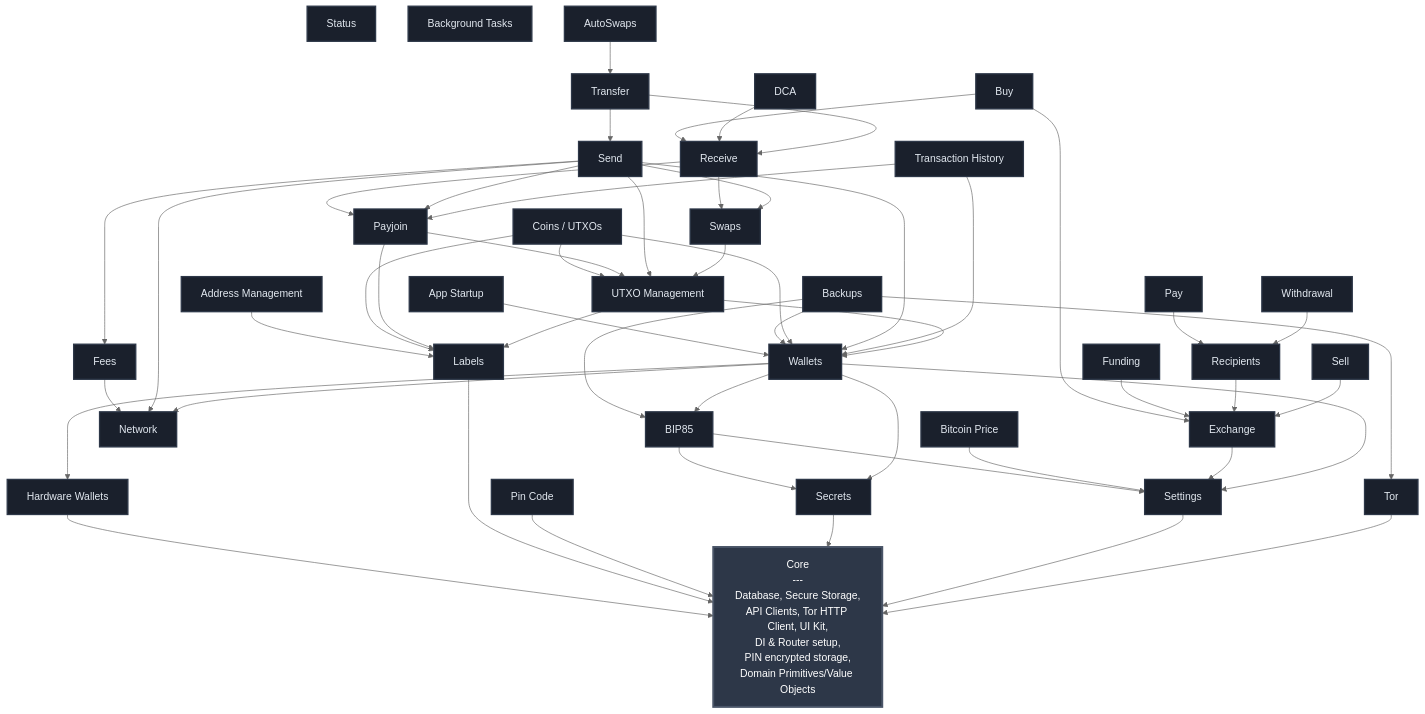
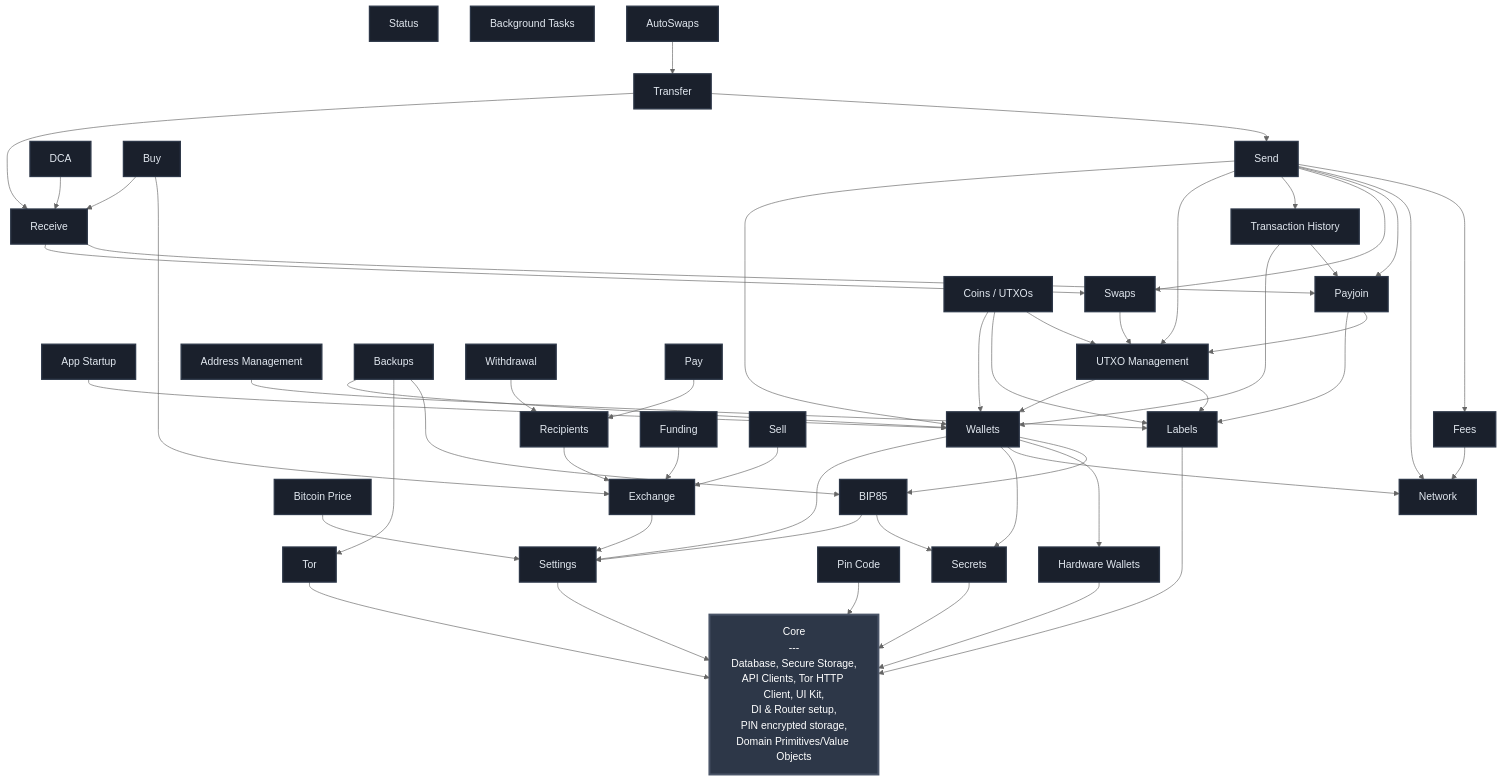
The diagram in FEATURES.md (SatoshiPortal/bullbitcoin-mobile), drawn with Mermaid (neutral theme) before and after one commit. The commit also changed 1 other file, not shown here.

Commit message:
feat(send): payjoin confirm indicator, fallback notice and countdown
The bitcoin confirm review shows a 'payjoin will be attempted' card; the
success screen says when a send fell back to a plain transaction and
navigates to the broadcast tx by txid (never the sender BIP21 URI); the
coordinating screen shows a fallback countdown, gated on
canManuallyBroadcastOriginal and only when the fallback is imminent
(<=1h), and localizes its title. Adds the SEND --> TX_HISTORY edge.

```diff
--- a/FEATURES.md
+++ b/FEATURES.md
@@ -83,6 +83,7 @@
     SEND --> NETWORK
     SEND --> PAYJOIN
     SEND --> SWAPS
+    SEND --> TX_HISTORY
     SEND --> UTXO_MGMT
     SEND --> WALLETS
     SETTINGS --> CORE
```
